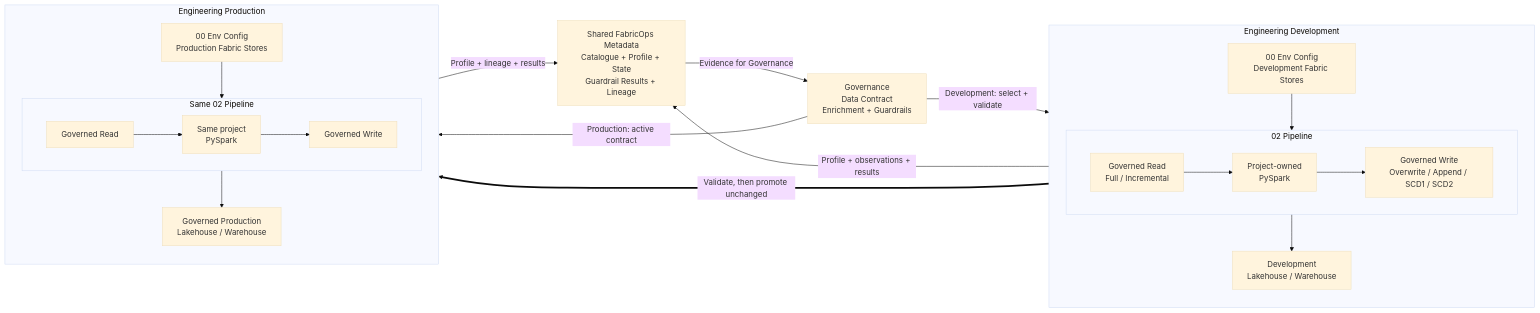
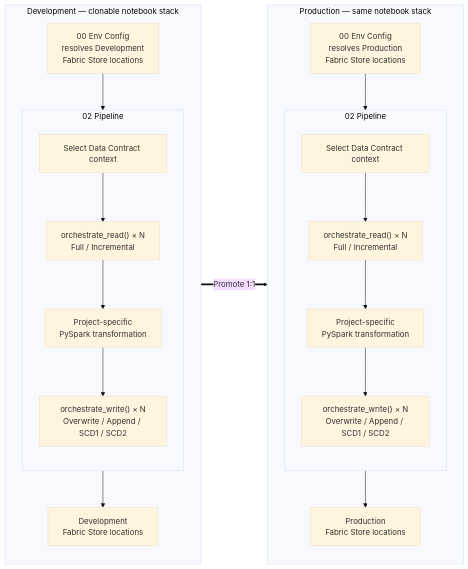
The first of 2 diagrams in docs/solutions/plug-and-play-data-pipelines.md (Voycepeh/FabricOps-Starter-Kit), drawn with Mermaid (base theme) before and after one commit.

Commit message:
docs: restore pipeline big-picture diagram

````diff
--- a/docs/solutions/plug-and-play-data-pipelines.md
+++ b/docs/solutions/plug-and-play-data-pipelines.md
@@ -26,41 +26,34 @@
 ```mermaid
 flowchart LR
-    GOV["Governance<br/>Data Contract<br/>Enrichment + Guardrails"]
-
-    subgraph DEV["Engineering Development"]
+    subgraph DEV["Development — clonable notebook stack"]
         direction TB
-        DEV_ENV["00 Env Config<br/>Development Fabric Stores"]
+        DEV_ENV["00 Env Config<br/>resolves Development<br/>Fabric Store locations"]
         subgraph DEV_PIPE["02 Pipeline"]
-            direction LR
-            DEV_READ["Governed Read<br/>Full / Incremental"]
-            DEV_TRANSFORM["Project-owned<br/>PySpark"]
-            DEV_WRITE["Governed Write<br/>Overwrite / Append / SCD1 / SCD2"]
-            DEV_READ --> DEV_TRANSFORM --> DEV_WRITE
+            direction TB
+            DEV_CONTRACT["Select Data Contract context"]
+            DEV_READ["orchestrate_read() × N<br/>Full / Incremental"]
+            DEV_TRANSFORM["Project-specific<br/>PySpark transformation"]
+            DEV_WRITE["orchestrate_write() × N<br/>Overwrite / Append / SCD1 / SCD2"]
+            DEV_CONTRACT --> DEV_READ --> DEV_TRANSFORM --> DEV_WRITE
         end
         DEV_ENV --> DEV_PIPE
-        DEV_PIPE --> DEV_DATA["Development<br/>Lakehouse / Warehouse"]
+        DEV_PIPE --> DEV_RES["Development<br/>Fabric Store locations"]
     end
 
-    META["Shared FabricOps Metadata<br/>Catalogue + Profile + State<br/>Guardrail Results + Lineage"]
-
-    subgraph PROD["Engineering Production"]
+    subgraph PROD["Production — same notebook stack"]
         direction TB
-        PROD_ENV["00 Env Config<br/>Production Fabric Stores"]
-        subgraph PROD_PIPE["Same 02 Pipeline"]
-            direction LR
-            PROD_READ["Governed Read"]
-            PROD_TRANSFORM["Same project<br/>PySpark"]
-            PROD_WRITE["Governed Write"]
-            PROD_READ --> PROD_TRANSFORM --> PROD_WRITE
+        PROD_ENV["00 Env Config<br/>resolves Production<br/>Fabric Store locations"]
+        subgraph PROD_PIPE["02 Pipeline"]
+            direction TB
+            PROD_CONTRACT["Select Data Contract context"]
+            PROD_READ["orchestrate_read() × N<br/>Full / Incremental"]
+            PROD_TRANSFORM["Project-specific<br/>PySpark transformation"]
+            PROD_WRITE["orchestrate_write() × N<br/>Overwrite / Append / SCD1 / SCD2"]
+            PROD_CONTRACT --> PROD_READ --> PROD_TRANSFORM --> PROD_WRITE
         end
         PROD_ENV --> PROD_PIPE
-        PROD_PIPE --> PROD_DATA["Governed Production<br/>Lakehouse / Warehouse"]
+        PROD_PIPE --> PROD_RES["Production<br/>Fabric Store locations"]
     end
 
-    GOV -->|"Development: select + validate"| DEV_PIPE
-    DEV_PIPE -->|"Profile + observations + results"| META
-    META -->|"Evidence for Governance"| GOV
-    DEV_PIPE ==>|"Validate, then promote unchanged"| PROD_PIPE
-    GOV -->|"Production: active contract"| PROD_PIPE
-    PROD_PIPE -->|"Profile + lineage + results"| META
+    DEV ==>|"Promote 1:1"| PROD
 ```
````
